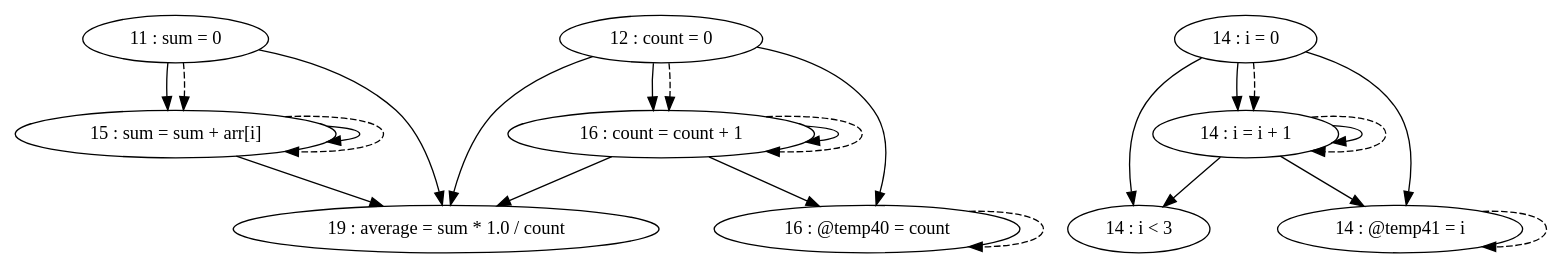
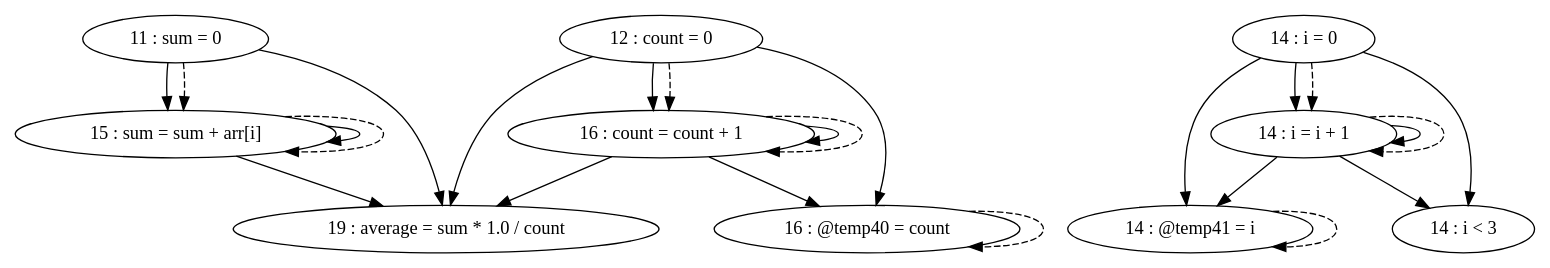
The diagram in pdg/source/testFiles/TestCases/TestCase1/TestCase1-test1.gv (thomassimko/thesis-code-duplication), drawn with Graphviz before and after one commit. The commit also changed other lines of this file and 63 other files, not shown here.

Commit message:
fixed issue with loop in graph

```diff
--- a/pdg/source/testFiles/TestCases/TestCase1/TestCase1-test1.gv
+++ b/pdg/source/testFiles/TestCases/TestCase1/TestCase1-test1.gv
@@ -1,36 +1,36 @@
 digraph G {
 "11 : sum = 0"
 "11 : sum = 0" -> "15 : sum = sum + arr[i]"
 "11 : sum = 0" -> "19 : average = sum * 1.0 / count"
 "11 : sum = 0" -> "15 : sum = sum + arr[i]" [style=dashed]
 "12 : count = 0"
-"12 : count = 0" -> "16 : @temp40 = count"
 "12 : count = 0" -> "16 : count = count + 1"
 "12 : count = 0" -> "19 : average = sum * 1.0 / count"
+"12 : count = 0" -> "16 : @temp40 = count"
 "12 : count = 0" -> "16 : count = count + 1" [style=dashed]
 "14 : i = 0"
-"14 : i = 0" -> "14 : i < 3"
 "14 : i = 0" -> "14 : i = i + 1"
 "14 : i = 0" -> "14 : @temp41 = i"
+"14 : i = 0" -> "14 : i < 3"
 "14 : i = 0" -> "14 : i = i + 1" [style=dashed]
 "14 : i < 3"
 "15 : sum = sum + arr[i]"
 "15 : sum = sum + arr[i]" -> "15 : sum = sum + arr[i]"
 "15 : sum = sum + arr[i]" -> "19 : average = sum * 1.0 / count"
 "15 : sum = sum + arr[i]" -> "15 : sum = sum + arr[i]" [style=dashed]
 "16 : @temp40 = count"
 "16 : @temp40 = count" -> "16 : @temp40 = count" [style=dashed]
 "16 : count = count + 1"
-"16 : count = count + 1" -> "16 : @temp40 = count"
 "16 : count = count + 1" -> "16 : count = count + 1"
 "16 : count = count + 1" -> "19 : average = sum * 1.0 / count"
+"16 : count = count + 1" -> "16 : @temp40 = count"
 "16 : count = count + 1" -> "16 : count = count + 1" [style=dashed]
 "14 : @temp41 = i"
 "14 : @temp41 = i" -> "14 : @temp41 = i" [style=dashed]
 "14 : i = i + 1"
-"14 : i = i + 1" -> "14 : i < 3"
 "14 : i = i + 1" -> "14 : i = i + 1"
 "14 : i = i + 1" -> "14 : @temp41 = i"
+"14 : i = i + 1" -> "14 : i < 3"
 "14 : i = i + 1" -> "14 : i = i + 1" [style=dashed]
 "19 : average = sum * 1.0 / count"
 }
```
